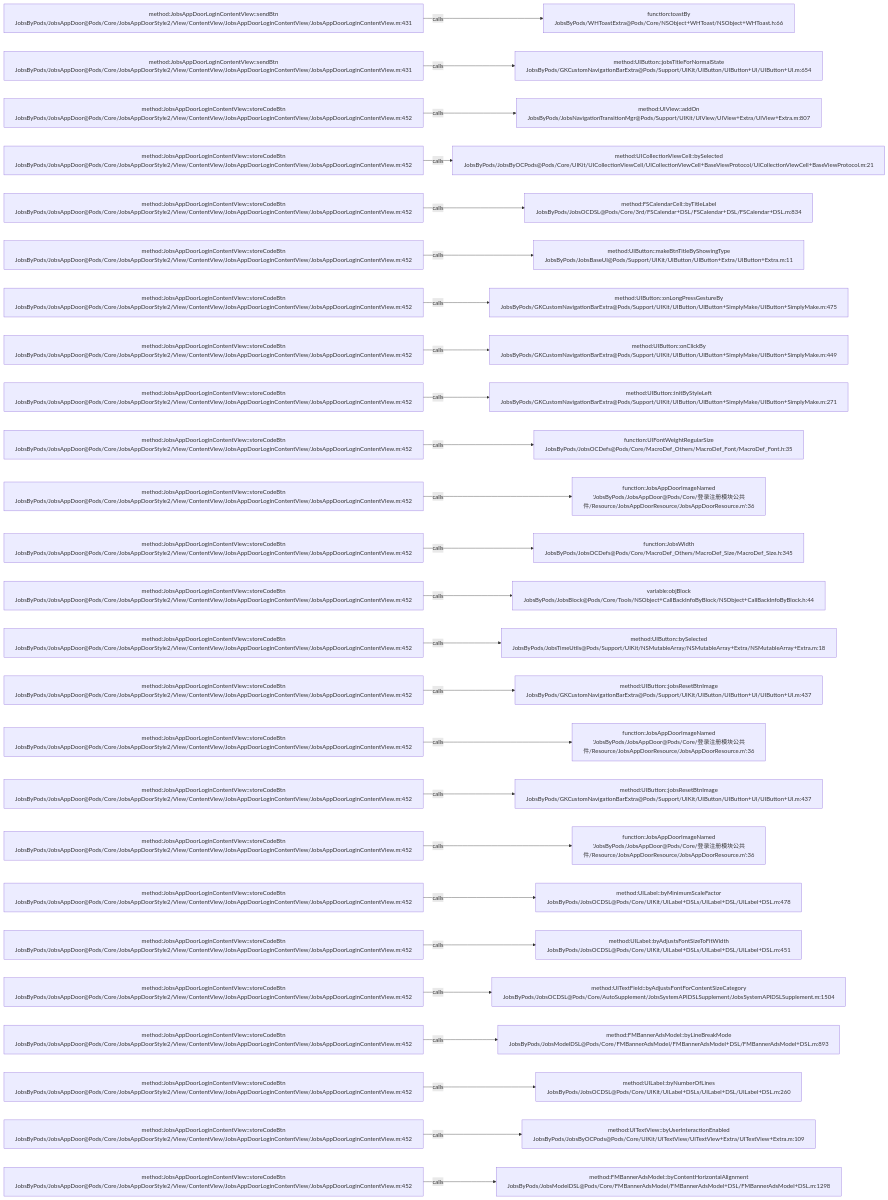
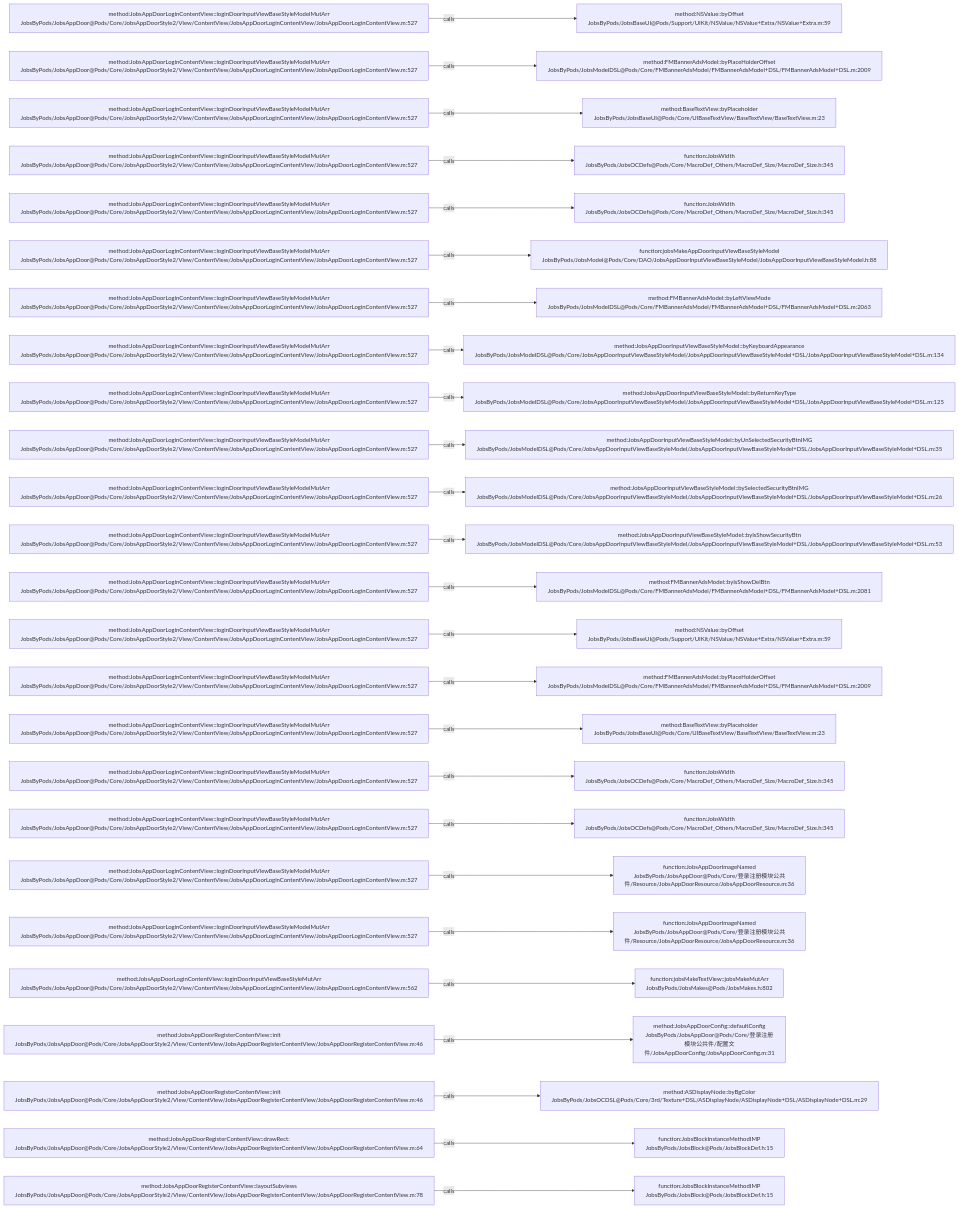
One commit to JobsKits/JobsOCBaseConfigDemo changed the diagram in .codegraph/codegraph.md/graphs/calls-125.md. Above: the diagram before and after it, drawn with Mermaid. The commit also changed 223 other files, not shown here.

````diff
--- a/.codegraph/codegraph.md/graphs/calls-125.md
+++ b/.codegraph/codegraph.md/graphs/calls-125.md
@@ -13,78 +13,78 @@
 ```mermaid
 flowchart LR
-  S1["method:JobsAppDoorLoginContentView::sendBtn<br/>JobsByPods/JobsAppDoor@Pods/Core/JobsAppDoorStyle2/View/ContentView/JobsAppDoorLoginContentView/JobsAppDoorLoginContentView.m:431"]
-  T1["function:toastBy<br/>JobsByPods/WHToastExtra@Pods/Core/NSObject+WHToast/NSObject+WHToast.h:66"]
+  S1["method:JobsAppDoorLoginContentView::loginDoorInputViewBaseStyleModelMutArr<br/>JobsByPods/JobsAppDoor@Pods/Core/JobsAppDoorStyle2/View/ContentView/JobsAppDoorLoginContentView/JobsAppDoorLoginContentView.m:527"]
+  T1["method:NSValue::byOffset<br/>JobsByPods/JobsBaseUI@Pods/Support/UIKit/NSValue/NSValue+Extra/NSValue+Extra.m:59"]
   S1 -->|calls| T1
-  S2["method:JobsAppDoorLoginContentView::sendBtn<br/>JobsByPods/JobsAppDoor@Pods/Core/JobsAppDoorStyle2/View/ContentView/JobsAppDoorLoginContentView/JobsAppDoorLoginContentView.m:431"]
-  T2["method:UIButton::jobsTitleForNormalState<br/>JobsByPods/GKCustomNavigationBarExtra@Pods/Support/UIKit/UIButton/UIButton+UI/UIButton+UI.m:654"]
+  S2["method:JobsAppDoorLoginContentView::loginDoorInputViewBaseStyleModelMutArr<br/>JobsByPods/JobsAppDoor@Pods/Core/JobsAppDoorStyle2/View/ContentView/JobsAppDoorLoginContentView/JobsAppDoorLoginContentView.m:527"]
+  T2["method:FMBannerAdsModel::byPlaceHolderOffset<br/>JobsByPods/JobsModelDSL@Pods/Core/FMBannerAdsModel/FMBannerAdsModel+DSL/FMBannerAdsModel+DSL.m:2009"]
   S2 -->|calls| T2
-  S3["method:JobsAppDoorLoginContentView::storeCodeBtn<br/>JobsByPods/JobsAppDoor@Pods/Core/JobsAppDoorStyle2/View/ContentView/JobsAppDoorLoginContentView/JobsAppDoorLoginContentView.m:452"]
-  T3["method:UIView::addOn<br/>JobsByPods/JobsNavigationTransitionMgr@Pods/Support/UIKit/UIView/UIView+Extra/UIView+Extra.m:807"]
+  S3["method:JobsAppDoorLoginContentView::loginDoorInputViewBaseStyleModelMutArr<br/>JobsByPods/JobsAppDoor@Pods/Core/JobsAppDoorStyle2/View/ContentView/JobsAppDoorLoginContentView/JobsAppDoorLoginContentView.m:527"]
+  T3["method:BaseTextView::byPlaceholder<br/>JobsByPods/JobsBaseUI@Pods/Core/UIBaseTextView/BaseTextView/BaseTextView.m:23"]
   S3 -->|calls| T3
-  S4["method:JobsAppDoorLoginContentView::storeCodeBtn<br/>JobsByPods/JobsAppDoor@Pods/Core/JobsAppDoorStyle2/View/ContentView/JobsAppDoorLoginContentView/JobsAppDoorLoginContentView.m:452"]
-  T4["method:UICollectionViewCell::bySelected<br/>JobsByPods/JobsByOCPods@Pods/Core/UIKit/UICollectionViewCell/UICollectionViewCell+BaseViewProtocol/UICollectionViewCell+BaseViewProtocol.m:21"]
+  S4["method:JobsAppDoorLoginContentView::loginDoorInputViewBaseStyleModelMutArr<br/>JobsByPods/JobsAppDoor@Pods/Core/JobsAppDoorStyle2/View/ContentView/JobsAppDoorLoginContentView/JobsAppDoorLoginContentView.m:527"]
+  T4["function:JobsWidth<br/>JobsByPods/JobsOCDefs@Pods/Core/MacroDef_Others/MacroDef_Size/MacroDef_Size.h:345"]
   S4 -->|calls| T4
-  S5["method:JobsAppDoorLoginContentView::storeCodeBtn<br/>JobsByPods/JobsAppDoor@Pods/Core/JobsAppDoorStyle2/View/ContentView/JobsAppDoorLoginContentView/JobsAppDoorLoginContentView.m:452"]
-  T5["method:FSCalendarCell::byTitleLabel<br/>JobsByPods/JobsOCDSL@Pods/Core/3rd/FSCalendar+DSL/FSCalendar+DSL/FSCalendar+DSL.m:834"]
+  S5["method:JobsAppDoorLoginContentView::loginDoorInputViewBaseStyleModelMutArr<br/>JobsByPods/JobsAppDoor@Pods/Core/JobsAppDoorStyle2/View/ContentView/JobsAppDoorLoginContentView/JobsAppDoorLoginContentView.m:527"]
+  T5["function:JobsWidth<br/>JobsByPods/JobsOCDefs@Pods/Core/MacroDef_Others/MacroDef_Size/MacroDef_Size.h:345"]
   S5 -->|calls| T5
-  S6["method:JobsAppDoorLoginContentView::storeCodeBtn<br/>JobsByPods/JobsAppDoor@Pods/Core/JobsAppDoorStyle2/View/ContentView/JobsAppDoorLoginContentView/JobsAppDoorLoginContentView.m:452"]
-  T6["method:UIButton::makeBtnTitleByShowingType<br/>JobsByPods/JobsBaseUI@Pods/Support/UIKit/UIButton/UIButton+Extra/UIButton+Extra.m:11"]
+  S6["method:JobsAppDoorLoginContentView::loginDoorInputViewBaseStyleModelMutArr<br/>JobsByPods/JobsAppDoor@Pods/Core/JobsAppDoorStyle2/View/ContentView/JobsAppDoorLoginContentView/JobsAppDoorLoginContentView.m:527"]
+  T6["function:jobsMakeAppDoorInputViewBaseStyleModel<br/>JobsByPods/JobsModel@Pods/Core/DAO/JobsAppDoorInputViewBaseStyleModel/JobsAppDoorInputViewBaseStyleModel.h:88"]
   S6 -->|calls| T6
-  S7["method:JobsAppDoorLoginContentView::storeCodeBtn<br/>JobsByPods/JobsAppDoor@Pods/Core/JobsAppDoorStyle2/View/ContentView/JobsAppDoorLoginContentView/JobsAppDoorLoginContentView.m:452"]
-  T7["method:UIButton::onLongPressGestureBy<br/>JobsByPods/GKCustomNavigationBarExtra@Pods/Support/UIKit/UIButton/UIButton+SimplyMake/UIButton+SimplyMake.m:475"]
+  S7["method:JobsAppDoorLoginContentView::loginDoorInputViewBaseStyleModelMutArr<br/>JobsByPods/JobsAppDoor@Pods/Core/JobsAppDoorStyle2/View/ContentView/JobsAppDoorLoginContentView/JobsAppDoorLoginContentView.m:527"]
+  T7["method:FMBannerAdsModel::byLeftViewMode<br/>JobsByPods/JobsModelDSL@Pods/Core/FMBannerAdsModel/FMBannerAdsModel+DSL/FMBannerAdsModel+DSL.m:2063"]
   S7 -->|calls| T7
-  S8["method:JobsAppDoorLoginContentView::storeCodeBtn<br/>JobsByPods/JobsAppDoor@Pods/Core/JobsAppDoorStyle2/View/ContentView/JobsAppDoorLoginContentView/JobsAppDoorLoginContentView.m:452"]
-  T8["method:UIButton::onClickBy<br/>JobsByPods/GKCustomNavigationBarExtra@Pods/Support/UIKit/UIButton/UIButton+SimplyMake/UIButton+SimplyMake.m:449"]
+  S8["method:JobsAppDoorLoginContentView::loginDoorInputViewBaseStyleModelMutArr<br/>JobsByPods/JobsAppDoor@Pods/Core/JobsAppDoorStyle2/View/ContentView/JobsAppDoorLoginContentView/JobsAppDoorLoginContentView.m:527"]
+  T8["method:JobsAppDoorInputViewBaseStyleModel::byKeyboardAppearance<br/>JobsByPods/JobsModelDSL@Pods/Core/JobsAppDoorInputViewBaseStyleModel/JobsAppDoorInputViewBaseStyleModel+DSL/JobsAppDoorInputViewBaseStyleModel+DSL.m:134"]
   S8 -->|calls| T8
-  S9["method:JobsAppDoorLoginContentView::storeCodeBtn<br/>JobsByPods/JobsAppDoor@Pods/Core/JobsAppDoorStyle2/View/ContentView/JobsAppDoorLoginContentView/JobsAppDoorLoginContentView.m:452"]
-  T9["method:UIButton::initByStyleLeft<br/>JobsByPods/GKCustomNavigationBarExtra@Pods/Support/UIKit/UIButton/UIButton+SimplyMake/UIButton+SimplyMake.m:271"]
+  S9["method:JobsAppDoorLoginContentView::loginDoorInputViewBaseStyleModelMutArr<br/>JobsByPods/JobsAppDoor@Pods/Core/JobsAppDoorStyle2/View/ContentView/JobsAppDoorLoginContentView/JobsAppDoorLoginContentView.m:527"]
+  T9["method:JobsAppDoorInputViewBaseStyleModel::byReturnKeyType<br/>JobsByPods/JobsModelDSL@Pods/Core/JobsAppDoorInputViewBaseStyleModel/JobsAppDoorInputViewBaseStyleModel+DSL/JobsAppDoorInputViewBaseStyleModel+DSL.m:125"]
   S9 -->|calls| T9
-  S10["method:JobsAppDoorLoginContentView::storeCodeBtn<br/>JobsByPods/JobsAppDoor@Pods/Core/JobsAppDoorStyle2/View/ContentView/JobsAppDoorLoginContentView/JobsAppDoorLoginContentView.m:452"]
-  T10["function:UIFontWeightRegularSize<br/>JobsByPods/JobsOCDefs@Pods/Core/MacroDef_Others/MacroDef_Font/MacroDef_Font.h:35"]
+  S10["method:JobsAppDoorLoginContentView::loginDoorInputViewBaseStyleModelMutArr<br/>JobsByPods/JobsAppDoor@Pods/Core/JobsAppDoorStyle2/View/ContentView/JobsAppDoorLoginContentView/JobsAppDoorLoginContentView.m:527"]
+  T10["method:JobsAppDoorInputViewBaseStyleModel::byUnSelectedSecurityBtnIMG<br/>JobsByPods/JobsModelDSL@Pods/Core/JobsAppDoorInputViewBaseStyleModel/JobsAppDoorInputViewBaseStyleModel+DSL/JobsAppDoorInputViewBaseStyleModel+DSL.m:35"]
   S10 -->|calls| T10
-  S11["method:JobsAppDoorLoginContentView::storeCodeBtn<br/>JobsByPods/JobsAppDoor@Pods/Core/JobsAppDoorStyle2/View/ContentView/JobsAppDoorLoginContentView/JobsAppDoorLoginContentView.m:452"]
-  T11["function:JobsAppDoorImageNamed<br/>'JobsByPods/JobsAppDoor@Pods/Core/登录注册模块公共件/Resource/JobsAppDoorResource/JobsAppDoorResource.m':36"]
+  S11["method:JobsAppDoorLoginContentView::loginDoorInputViewBaseStyleModelMutArr<br/>JobsByPods/JobsAppDoor@Pods/Core/JobsAppDoorStyle2/View/ContentView/JobsAppDoorLoginContentView/JobsAppDoorLoginContentView.m:527"]
+  T11["method:JobsAppDoorInputViewBaseStyleModel::bySelectedSecurityBtnIMG<br/>JobsByPods/JobsModelDSL@Pods/Core/JobsAppDoorInputViewBaseStyleModel/JobsAppDoorInputViewBaseStyleModel+DSL/JobsAppDoorInputViewBaseStyleModel+DSL.m:26"]
   S11 -->|calls| T11
-  S12["method:JobsAppDoorLoginContentView::storeCodeBtn<br/>JobsByPods/JobsAppDoor@Pods/Core/JobsAppDoorStyle2/View/ContentView/JobsAppDoorLoginContentView/JobsAppDoorLoginContentView.m:452"]
-  T12["function:JobsWidth<br/>JobsByPods/JobsOCDefs@Pods/Core/MacroDef_Others/MacroDef_Size/MacroDef_Size.h:345"]
+  S12["method:JobsAppDoorLoginContentView::loginDoorInputViewBaseStyleModelMutArr<br/>JobsByPods/JobsAppDoor@Pods/Core/JobsAppDoorStyle2/View/ContentView/JobsAppDoorLoginContentView/JobsAppDoorLoginContentView.m:527"]
+  T12["method:JobsAppDoorInputViewBaseStyleModel::byIsShowSecurityBtn<br/>JobsByPods/JobsModelDSL@Pods/Core/JobsAppDoorInputViewBaseStyleModel/JobsAppDoorInputViewBaseStyleModel+DSL/JobsAppDoorInputViewBaseStyleModel+DSL.m:53"]
   S12 -->|calls| T12
-  S13["method:JobsAppDoorLoginContentView::storeCodeBtn<br/>JobsByPods/JobsAppDoor@Pods/Core/JobsAppDoorStyle2/View/ContentView/JobsAppDoorLoginContentView/JobsAppDoorLoginContentView.m:452"]
-  T13["variable:objBlock<br/>JobsByPods/JobsBlock@Pods/Core/Tools/NSObject+CallBackInfoByBlock/NSObject+CallBackInfoByBlock.h:44"]
+  S13["method:JobsAppDoorLoginContentView::loginDoorInputViewBaseStyleModelMutArr<br/>JobsByPods/JobsAppDoor@Pods/Core/JobsAppDoorStyle2/View/ContentView/JobsAppDoorLoginContentView/JobsAppDoorLoginContentView.m:527"]
+  T13["method:FMBannerAdsModel::byIsShowDelBtn<br/>JobsByPods/JobsModelDSL@Pods/Core/FMBannerAdsModel/FMBannerAdsModel+DSL/FMBannerAdsModel+DSL.m:2081"]
   S13 -->|calls| T13
-  S14["method:JobsAppDoorLoginContentView::storeCodeBtn<br/>JobsByPods/JobsAppDoor@Pods/Core/JobsAppDoorStyle2/View/ContentView/JobsAppDoorLoginContentView/JobsAppDoorLoginContentView.m:452"]
-  T14["method:UIButton::bySelected<br/>JobsByPods/JobsTimeUtils@Pods/Support/UIKit/NSMutableArray/NSMutableArray+Extra/NSMutableArray+Extra.m:18"]
+  S14["method:JobsAppDoorLoginContentView::loginDoorInputViewBaseStyleModelMutArr<br/>JobsByPods/JobsAppDoor@Pods/Core/JobsAppDoorStyle2/View/ContentView/JobsAppDoorLoginContentView/JobsAppDoorLoginContentView.m:527"]
+  T14["method:NSValue::byOffset<br/>JobsByPods/JobsBaseUI@Pods/Support/UIKit/NSValue/NSValue+Extra/NSValue+Extra.m:59"]
   S14 -->|calls| T14
-  S15["method:JobsAppDoorLoginContentView::storeCodeBtn<br/>JobsByPods/JobsAppDoor@Pods/Core/JobsAppDoorStyle2/View/ContentView/JobsAppDoorLoginContentView/JobsAppDoorLoginContentView.m:452"]
-  T15["method:UIButton::jobsResetBtnImage<br/>JobsByPods/GKCustomNavigationBarExtra@Pods/Support/UIKit/UIButton/UIButton+UI/UIButton+UI.m:437"]
+  S15["method:JobsAppDoorLoginContentView::loginDoorInputViewBaseStyleModelMutArr<br/>JobsByPods/JobsAppDoor@Pods/Core/JobsAppDoorStyle2/View/ContentView/JobsAppDoorLoginContentView/JobsAppDoorLoginContentView.m:527"]
+  T15["method:FMBannerAdsModel::byPlaceHolderOffset<br/>JobsByPods/JobsModelDSL@Pods/Core/FMBannerAdsModel/FMBannerAdsModel+DSL/FMBannerAdsModel+DSL.m:2009"]
   S15 -->|calls| T15
-  S16["method:JobsAppDoorLoginContentView::storeCodeBtn<br/>JobsByPods/JobsAppDoor@Pods/Core/JobsAppDoorStyle2/View/ContentView/JobsAppDoorLoginContentView/JobsAppDoorLoginContentView.m:452"]
-  T16["function:JobsAppDoorImageNamed<br/>'JobsByPods/JobsAppDoor@Pods/Core/登录注册模块公共件/Resource/JobsAppDoorResource/JobsAppDoorResource.m':36"]
+  S16["method:JobsAppDoorLoginContentView::loginDoorInputViewBaseStyleModelMutArr<br/>JobsByPods/JobsAppDoor@Pods/Core/JobsAppDoorStyle2/View/ContentView/JobsAppDoorLoginContentView/JobsAppDoorLoginContentView.m:527"]
+  T16["method:BaseTextView::byPlaceholder<br/>JobsByPods/JobsBaseUI@Pods/Core/UIBaseTextView/BaseTextView/BaseTextView.m:23"]
   S16 -->|calls| T16
-  S17["method:JobsAppDoorLoginContentView::storeCodeBtn<br/>JobsByPods/JobsAppDoor@Pods/Core/JobsAppDoorStyle2/View/ContentView/JobsAppDoorLoginContentView/JobsAppDoorLoginContentView.m:452"]
-  T17["method:UIButton::jobsResetBtnImage<br/>JobsByPods/GKCustomNavigationBarExtra@Pods/Support/UIKit/UIButton/UIButton+UI/UIButton+UI.m:437"]
+  S17["method:JobsAppDoorLoginContentView::loginDoorInputViewBaseStyleModelMutArr<br/>JobsByPods/JobsAppDoor@Pods/Core/JobsAppDoorStyle2/View/ContentView/JobsAppDoorLoginContentView/JobsAppDoorLoginContentView.m:527"]
+  T17["function:JobsWidth<br/>JobsByPods/JobsOCDefs@Pods/Core/MacroDef_Others/MacroDef_Size/MacroDef_Size.h:345"]
   S17 -->|calls| T17
-  S18["method:JobsAppDoorLoginContentView::storeCodeBtn<br/>JobsByPods/JobsAppDoor@Pods/Core/JobsAppDoorStyle2/View/ContentView/JobsAppDoorLoginContentView/JobsAppDoorLoginContentView.m:452"]
-  T18["function:JobsAppDoorImageNamed<br/>'JobsByPods/JobsAppDoor@Pods/Core/登录注册模块公共件/Resource/JobsAppDoorResource/JobsAppDoorResource.m':36"]
+  S18["method:JobsAppDoorLoginContentView::loginDoorInputViewBaseStyleModelMutArr<br/>JobsByPods/JobsAppDoor@Pods/Core/JobsAppDoorStyle2/View/ContentView/JobsAppDoorLoginContentView/JobsAppDoorLoginContentView.m:527"]
+  T18["function:JobsWidth<br/>JobsByPods/JobsOCDefs@Pods/Core/MacroDef_Others/MacroDef_Size/MacroDef_Size.h:345"]
   S18 -->|calls| T18
-  S19["method:JobsAppDoorLoginContentView::storeCodeBtn<br/>JobsByPods/JobsAppDoor@Pods/Core/JobsAppDoorStyle2/View/ContentView/JobsAppDoorLoginContentView/JobsAppDoorLoginContentView.m:452"]
-  T19["method:UILabel::byMinimumScaleFactor<br/>JobsByPods/JobsOCDSL@Pods/Core/UIKit/UILabel+DSLs/UILabel+DSL/UILabel+DSL.m:478"]
+  S19["method:JobsAppDoorLoginContentView::loginDoorInputViewBaseStyleModelMutArr<br/>JobsByPods/JobsAppDoor@Pods/Core/JobsAppDoorStyle2/View/ContentView/JobsAppDoorLoginContentView/JobsAppDoorLoginContentView.m:527"]
+  T19["function:JobsAppDoorImageNamed<br/>JobsByPods/JobsAppDoor@Pods/Core/登录注册模块公共件/Resource/JobsAppDoorResource/JobsAppDoorResource.m:36"]
   S19 -->|calls| T19
-  S20["method:JobsAppDoorLoginContentView::storeCodeBtn<br/>JobsByPods/JobsAppDoor@Pods/Core/JobsAppDoorStyle2/View/ContentView/JobsAppDoorLoginContentView/JobsAppDoorLoginContentView.m:452"]
-  T20["method:UILabel::byAdjustsFontSizeToFitWidth<br/>JobsByPods/JobsOCDSL@Pods/Core/UIKit/UILabel+DSLs/UILabel+DSL/UILabel+DSL.m:451"]
+  S20["method:JobsAppDoorLoginContentView::loginDoorInputViewBaseStyleModelMutArr<br/>JobsByPods/JobsAppDoor@Pods/Core/JobsAppDoorStyle2/View/ContentView/JobsAppDoorLoginContentView/JobsAppDoorLoginContentView.m:527"]
+  T20["function:JobsAppDoorImageNamed<br/>JobsByPods/JobsAppDoor@Pods/Core/登录注册模块公共件/Resource/JobsAppDoorResource/JobsAppDoorResource.m:36"]
   S20 -->|calls| T20
-  S21["method:JobsAppDoorLoginContentView::storeCodeBtn<br/>JobsByPods/JobsAppDoor@Pods/Core/JobsAppDoorStyle2/View/ContentView/JobsAppDoorLoginContentView/JobsAppDoorLoginContentView.m:452"]
-  T21["method:UITextField::byAdjustsFontForContentSizeCategory<br/>JobsByPods/JobsOCDSL@Pods/Core/AutoSupplement/JobsSystemAPIDSLSupplement/JobsSystemAPIDSLSupplement.m:1504"]
+  S21["method:JobsAppDoorLoginContentView::loginDoorInputViewBaseStyleMutArr<br/>JobsByPods/JobsAppDoor@Pods/Core/JobsAppDoorStyle2/View/ContentView/JobsAppDoorLoginContentView/JobsAppDoorLoginContentView.m:562"]
+  T21["function:jobsMakeTextView::jobsMakeMutArr<br/>JobsByPods/JobsMakes@Pods/JobsMakes.h:802"]
   S21 -->|calls| T21
-  S22["method:JobsAppDoorLoginContentView::storeCodeBtn<br/>JobsByPods/JobsAppDoor@Pods/Core/JobsAppDoorStyle2/View/ContentView/JobsAppDoorLoginContentView/JobsAppDoorLoginContentView.m:452"]
-  T22["method:FMBannerAdsModel::byLineBreakMode<br/>JobsByPods/JobsModelDSL@Pods/Core/FMBannerAdsModel/FMBannerAdsModel+DSL/FMBannerAdsModel+DSL.m:893"]
+  S22["method:JobsAppDoorRegisterContentView::init<br/>JobsByPods/JobsAppDoor@Pods/Core/JobsAppDoorStyle2/View/ContentView/JobsAppDoorRegisterContentView/JobsAppDoorRegisterContentView.m:46"]
+  T22["method:JobsAppDoorConfig::defaultConfig<br/>JobsByPods/JobsAppDoor@Pods/Core/登录注册模块公共件/配置文件/JobsAppDoorConfig/JobsAppDoorConfig.m:31"]
   S22 -->|calls| T22
-  S23["method:JobsAppDoorLoginContentView::storeCodeBtn<br/>JobsByPods/JobsAppDoor@Pods/Core/JobsAppDoorStyle2/View/ContentView/JobsAppDoorLoginContentView/JobsAppDoorLoginContentView.m:452"]
-  T23["method:UILabel::byNumberOfLines<br/>JobsByPods/JobsOCDSL@Pods/Core/UIKit/UILabel+DSLs/UILabel+DSL/UILabel+DSL.m:260"]
+  S23["method:JobsAppDoorRegisterContentView::init<br/>JobsByPods/JobsAppDoor@Pods/Core/JobsAppDoorStyle2/View/ContentView/JobsAppDoorRegisterContentView/JobsAppDoorRegisterContentView.m:46"]
+  T23["method:ASDisplayNode::byBgColor<br/>JobsByPods/JobsOCDSL@Pods/Core/3rd/Texture+DSL/ASDisplayNode/ASDisplayNode+DSL/ASDisplayNode+DSL.m:29"]
   S23 -->|calls| T23
-  S24["method:JobsAppDoorLoginContentView::storeCodeBtn<br/>JobsByPods/JobsAppDoor@Pods/Core/JobsAppDoorStyle2/View/ContentView/JobsAppDoorLoginContentView/JobsAppDoorLoginContentView.m:452"]
-  T24["method:UITextView::byUserInteractionEnabled<br/>JobsByPods/JobsByOCPods@Pods/Core/UIKit/UITextView/UITextView+Extra/UITextView+Extra.m:109"]
+  S24["method:JobsAppDoorRegisterContentView::drawRect:<br/>JobsByPods/JobsAppDoor@Pods/Core/JobsAppDoorStyle2/View/ContentView/JobsAppDoorRegisterContentView/JobsAppDoorRegisterContentView.m:64"]
+  T24["function:JobsBlockInstanceMethodIMP<br/>JobsByPods/JobsBlock@Pods/JobsBlockDef.h:15"]
   S24 -->|calls| T24
-  S25["method:JobsAppDoorLoginContentView::storeCodeBtn<br/>JobsByPods/JobsAppDoor@Pods/Core/JobsAppDoorStyle2/View/ContentView/JobsAppDoorLoginContentView/JobsAppDoorLoginContentView.m:452"]
-  T25["method:FMBannerAdsModel::byContentHorizontalAlignment<br/>JobsByPods/JobsModelDSL@Pods/Core/FMBannerAdsModel/FMBannerAdsModel+DSL/FMBannerAdsModel+DSL.m:1298"]
+  S25["method:JobsAppDoorRegisterContentView::layoutSubviews<br/>JobsByPods/JobsAppDoor@Pods/Core/JobsAppDoorStyle2/View/ContentView/JobsAppDoorRegisterContentView/JobsAppDoorRegisterContentView.m:78"]
+  T25["function:JobsBlockInstanceMethodIMP<br/>JobsByPods/JobsBlock@Pods/JobsBlockDef.h:15"]
   S25 -->|calls| T25
 ```
````
